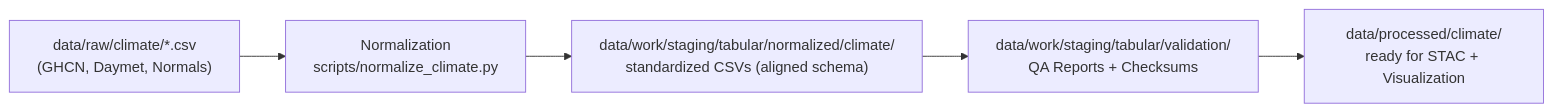
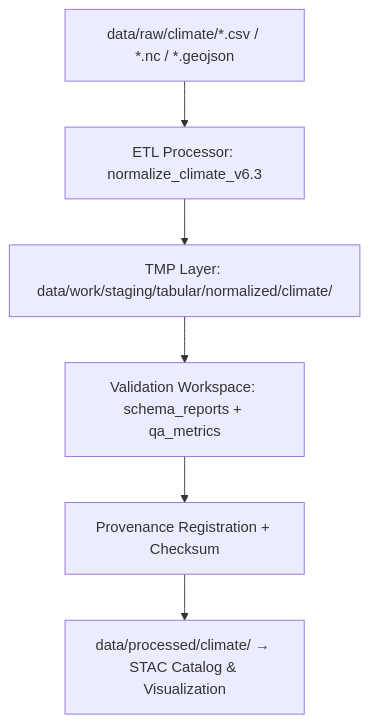
One commit to bartytime4life/Kansas-Frontier-Matrix changed the diagram in data/work/staging/tabular/normalized/climate/README.md. Above: the diagram before and after it, drawn with Mermaid. The commit also changed other lines of this file, not shown here.

First line of the commit message:
Revise README for climate data repository

`````diff
--- a/data/work/staging/tabular/normalized/climate/README.md
+++ b/data/work/staging/tabular/normalized/climate/README.md
@@ -34,8 +54,8 @@
 ```mermaid
-flowchart LR
-  A["data/raw/climate/*.csv\n(GHCN, Daymet, Normals)"] --> B["Normalization\nscripts/normalize_climate.py"]
-  B --> C["data/work/staging/tabular/normalized/climate/\nstandardized CSVs (aligned schema)"]
-  C --> D["data/work/staging/tabular/validation/\nQA Reports + Checksums"]
-  D --> E["data/processed/climate/\nready for STAC + Visualization"]
-%% END OF MERMAID
-````
+flowchart TD
+  A["data/raw/climate/*.csv / *.nc / *.geojson"] --> B["ETL Processor: normalize_climate_v6.3"]
+  B --> C["TMP Layer: data/work/staging/tabular/normalized/climate/"]
+  C --> D["Validation Workspace: schema_reports + qa_metrics"]
+  D --> E["Provenance Registration + Checksum"]
+  E --> F["data/processed/climate/ → STAC Catalog & Visualization"]
+```
`````
